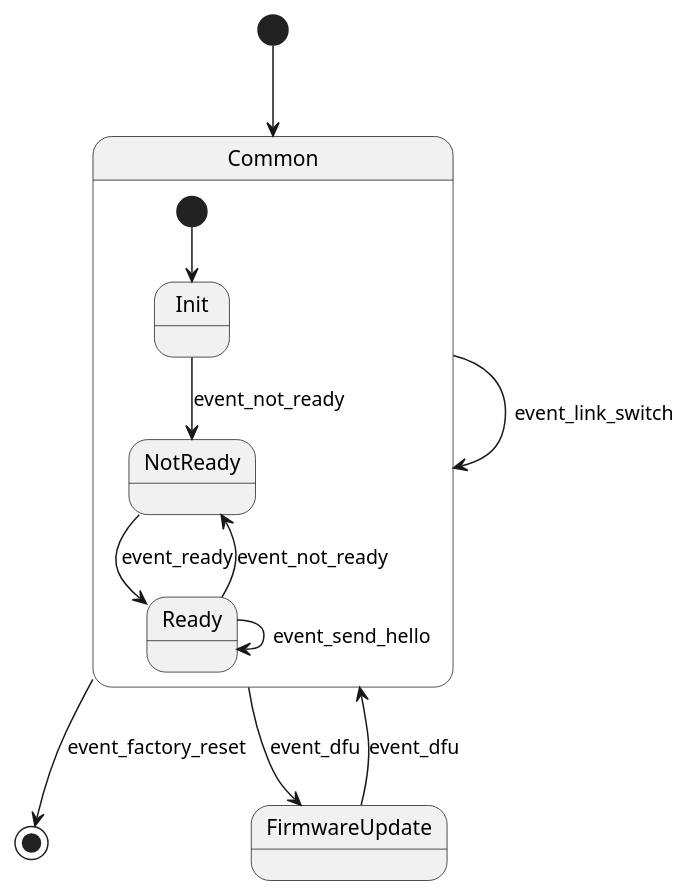
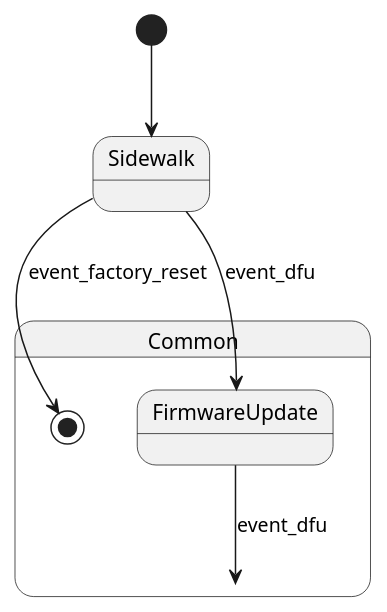
The diagram in doc/testing_samples/sidewalk_application_samples/template.rst (nrfconnect/sdk-sidewalk), drawn with PlantUML before and after one commit. The commit also changed other lines of this file and 101 other files, not shown here.

```diff
--- a/doc/testing_samples/sidewalk_application_samples/template.rst
+++ b/doc/testing_samples/sidewalk_application_samples/template.rst
@@ -153,15 +83,8 @@
 .. uml::
    :caption: Sidewalk thread state machine
 
-   [*] --> Common
+   [*] --> Sidewalk
    state Common{
-   [*] --> Init
-   Init --> NotReady : event_not_ready
-   NotReady --> Ready : event_ready
-   Ready --> NotReady : event_not_ready
-   Ready --> Ready : event_send_hello
-   }
-   Common --> [*] : event_factory_reset
-   Common --> Common : event_link_switch
-   Common --> FirmwareUpdate : event_dfu
+   Sidewalk --> [*] : event_factory_reset
+   Sidewalk --> FirmwareUpdate : event_dfu
    FirmwareUpdate --> Common : event_dfu
```
